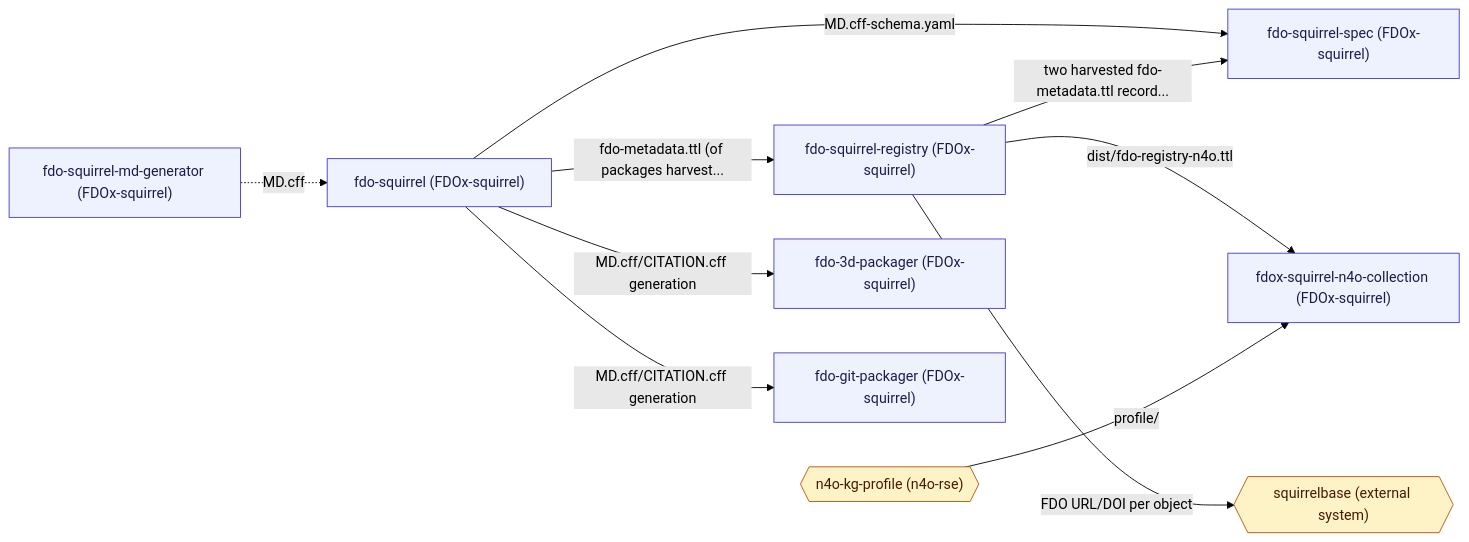
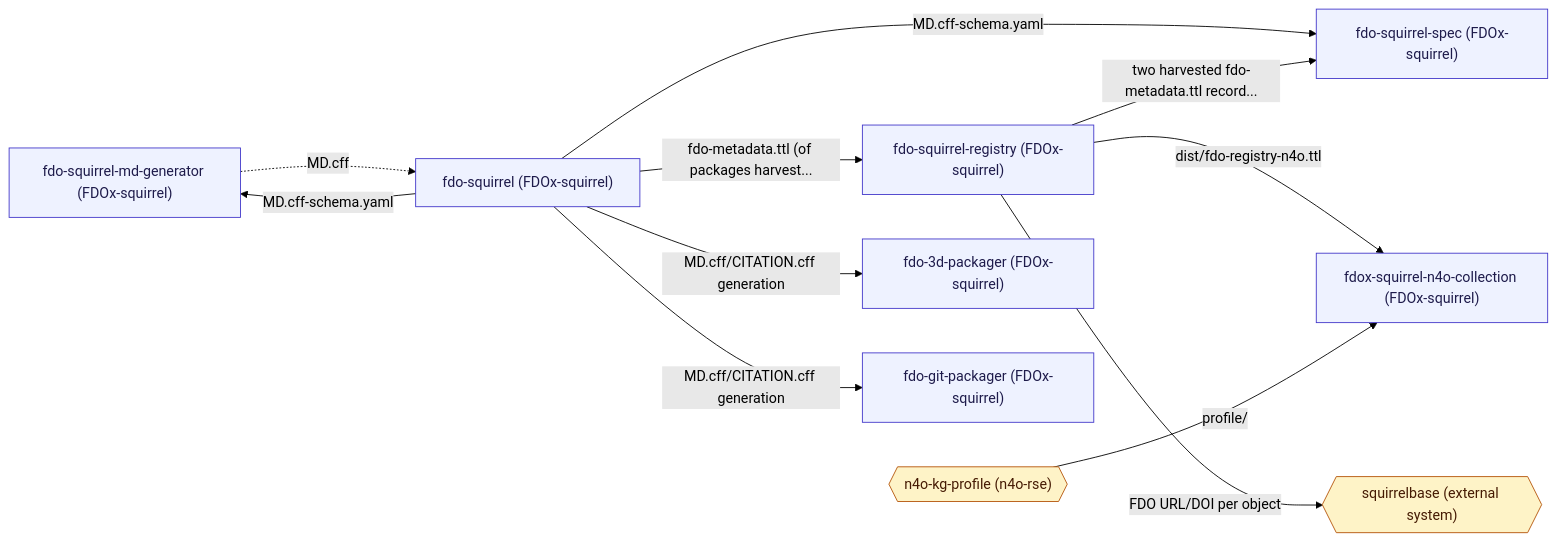
One commit to FDOx-squirrel/fdo-architecture changed the diagram in dist/architecture.mmd. Above: the diagram before and after it, drawn with Mermaid (forest theme). The commit also changed 4 other files, not shown here.

First line of the commit message:
Catch up registry.yaml: md-generator v0.1, 3d-packager S0-S9

```diff
--- a/dist/architecture.mmd
+++ b/dist/architecture.mmd
@@ -1,41 +1,42 @@
 flowchart LR
     classDef repo fill:#eef2ff,stroke:#4338ca,color:#1e1b4b;
     classDef external fill:#fef3c7,stroke:#b45309,color:#451a03;
 
     fdo_squirrel_md_generator["fdo-squirrel-md-generator (FDOx-squirrel)"]
     fdo_squirrel["fdo-squirrel (FDOx-squirrel)"]
     fdo_squirrel_spec["fdo-squirrel-spec (FDOx-squirrel)"]
     fdo_squirrel_registry["fdo-squirrel-registry (FDOx-squirrel)"]
     fdox_squirrel_n4o_collection["fdox-squirrel-n4o-collection (FDOx-squirrel)"]
     n4o_kg_profile{{"n4o-kg-profile (n4o-rse)"}}
     squirrelbase{{"squirrelbase (external system)"}}
     fdo_3d_packager["fdo-3d-packager (FDOx-squirrel)"]
     fdo_git_packager["fdo-git-packager (FDOx-squirrel)"]
 
+    fdo_squirrel -- "MD.cff-schema.yaml" --> fdo_squirrel_md_generator
     fdo_squirrel_md_generator -. "MD.cff" .-> fdo_squirrel
     fdo_squirrel -- "MD.cff-schema.yaml" --> fdo_squirrel_spec
     fdo_squirrel_registry -- "two harvested fdo-metadata.ttl record..." --> fdo_squirrel_spec
     fdo_squirrel -- "fdo-metadata.ttl (of packages harvest..." --> fdo_squirrel_registry
     fdo_squirrel_registry -- "dist/fdo-registry-n4o.ttl" --> fdox_squirrel_n4o_collection
     n4o_kg_profile -- "profile/" --> fdox_squirrel_n4o_collection
     fdo_squirrel_registry -- "FDO URL/DOI per object" --> squirrelbase
     fdo_squirrel -- "MD.cff/CITATION.cff generation" --> fdo_3d_packager
     fdo_squirrel -- "MD.cff/CITATION.cff generation" --> fdo_git_packager
 
     class fdo_squirrel_md_generator repo;
     click fdo_squirrel_md_generator "https://github.com/FDOx-squirrel/fdo-squirrel-md-generator" "_blank"
     class fdo_squirrel repo;
     click fdo_squirrel "https://github.com/FDOx-squirrel/fdo-squirrel" "_blank"
     class fdo_squirrel_spec repo;
     click fdo_squirrel_spec "https://github.com/FDOx-squirrel/fdo-squirrel-spec" "_blank"
     class fdo_squirrel_registry repo;
     click fdo_squirrel_registry "https://github.com/FDOx-squirrel/fdo-squirrel-registry" "_blank"
     class fdox_squirrel_n4o_collection repo;
     click fdox_squirrel_n4o_collection "https://github.com/FDOx-squirrel/fdox-squirrel-n4o-collection" "_blank"
     class n4o_kg_profile external;
     click n4o_kg_profile "https://github.com/n4o-rse/n4o-kg-profile" "_blank"
     class squirrelbase external;
     class fdo_3d_packager repo;
     click fdo_3d_packager "https://github.com/FDOx-squirrel/fdo-3d-packager" "_blank"
     class fdo_git_packager repo;
     click fdo_git_packager "https://github.com/FDOx-squirrel/fdo-git-packager" "_blank"
```
